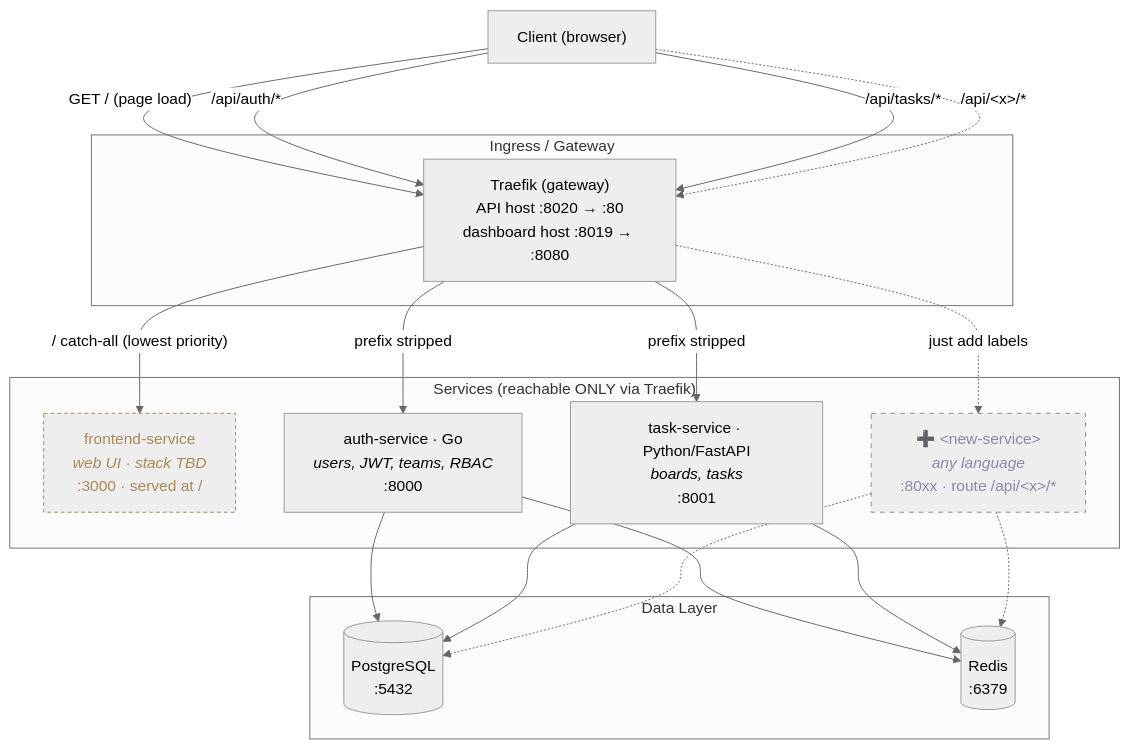
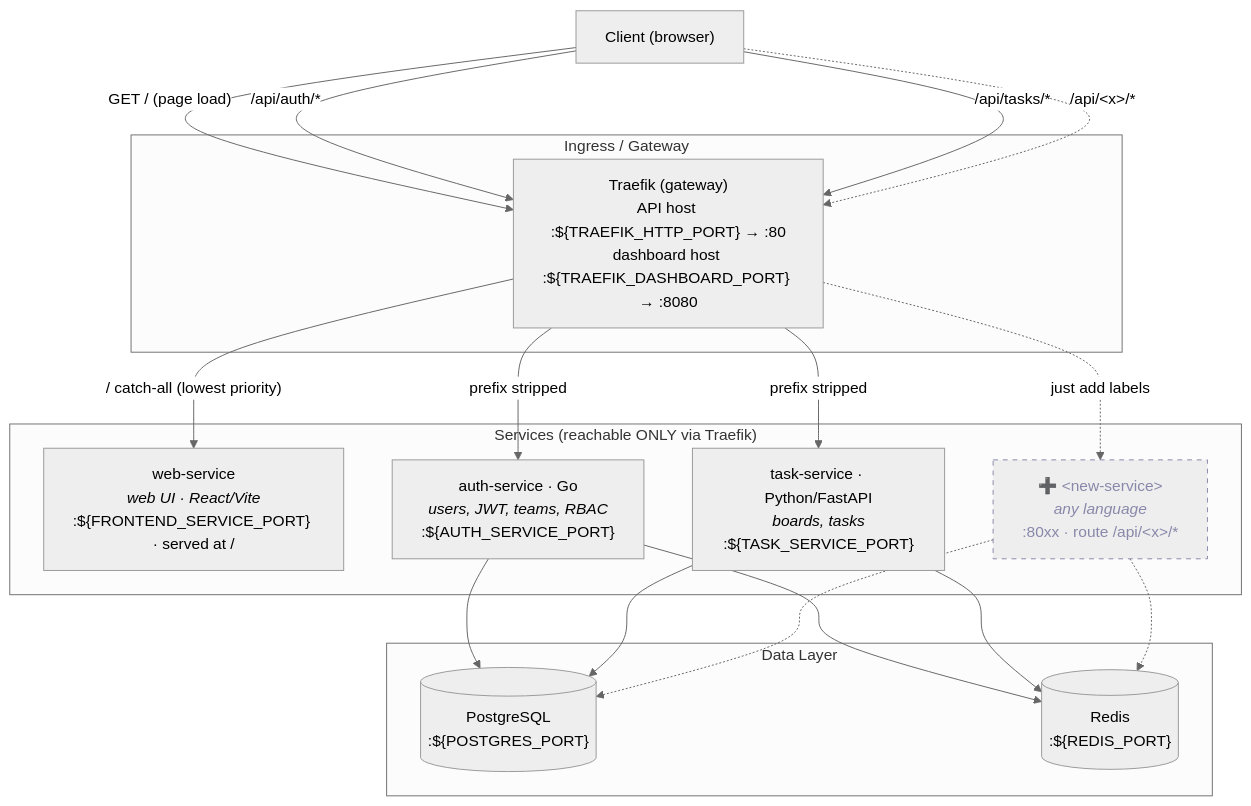
Before and after one commit to jaygaha/saas-microservices-starter: the diagram in README.md, drawn with Mermaid (neutral theme). The commit also changed other lines of this file and 7 other files, not shown here.

````diff
--- a/README.md
+++ b/README.md
@@ -13,42 +17,40 @@
 ```mermaid
 graph TD
     Client["Client (browser)"]
 
     subgraph Entry ["Ingress / Gateway"]
-        Traefik["Traefik (gateway)<br/>API host :8020 → :80<br/>dashboard host :8019 → :8080"]
+        Traefik["Traefik (gateway)<br/>API host :${TRAEFIK_HTTP_PORT} → :80<br/>dashboard host :${TRAEFIK_DASHBOARD_PORT} → :8080"]
     end
 
     subgraph Services ["Services (reachable ONLY via Traefik)"]
-        FrontendService["frontend-service<br/><i>web UI · stack TBD</i><br/>:3000 · served at /"]
-        AuthService["auth-service · Go<br/><i>users, JWT, teams, RBAC</i><br/>:8000"]
-        TaskService["task-service · Python/FastAPI<br/><i>boards, tasks</i><br/>:8001"]
+        WebService["web-service<br/><i>web UI · React/Vite</i><br/>:${FRONTEND_SERVICE_PORT} · served at /"]
+        AuthService["auth-service · Go<br/><i>users, JWT, teams, RBAC</i><br/>:${AUTH_SERVICE_PORT}"]
+        TaskService["task-service · Python/FastAPI<br/><i>boards, tasks</i><br/>:${TASK_SERVICE_PORT}"]
         NewService["➕ &lt;new-service&gt;<br/><i>any language</i><br/>:80xx · route /api/&lt;x&gt;/*"]
     end
 
     subgraph Storage ["Data Layer"]
-        Postgres[("PostgreSQL<br/>:5432")]
-        Redis[("Redis<br/>:6379")]
+        Postgres[("PostgreSQL<br/>:${POSTGRES_PORT}")]
+        Redis[("Redis<br/>:${REDIS_PORT}")]
     end
 
     Client -->|"GET / (page load)"| Traefik
     Client -->|"/api/auth/*"| Traefik
     Client -->|"/api/tasks/*"| Traefik
     Client -.->|"/api/&lt;x&gt;/*"| Traefik
 
-    Traefik -->|"/ catch-all (lowest priority)"| FrontendService
+    Traefik -->|"/ catch-all (lowest priority)"| WebService
     Traefik -->|"prefix stripped"| AuthService
     Traefik -->|"prefix stripped"| TaskService
     Traefik -.->|"just add labels"| NewService
 
     AuthService --> Postgres
     AuthService --> Redis
     TaskService --> Postgres
     TaskService --> Redis
     NewService -.-> Postgres
     NewService -.-> Redis
 
     classDef future stroke-dasharray: 5 5,stroke:#8888aa,color:#8888aa;
-    classDef tbd stroke-dasharray: 4 3,stroke:#aa8855,color:#aa8855;
     class NewService future;
-    class FrontendService tbd;
 ```
````
